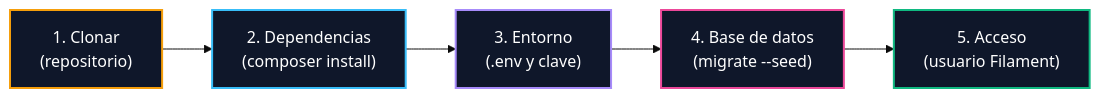
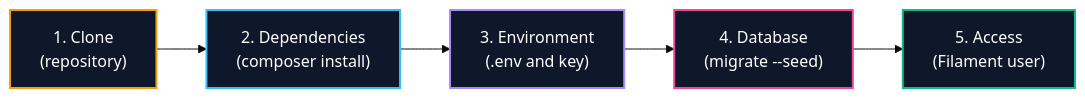
The third of 3 diagrams in README.md (sandra-puerto/CashFlow), drawn with Mermaid (base theme) before and after one commit. The commit also changed other lines of this file, not shown here.

````diff
--- a/README.md
+++ b/README.md
@@ -165,13 +165,13 @@
 ```mermaid
 graph LR
-    Step1["1. Clonar<br/>(repositorio)"] --> Step2["2. Dependencias<br/>(composer install)"]
-    Step2 --> Step3["3. Entorno<br/>(.env y clave)"]
-    Step3 --> Step4["4. Base de datos<br/>(migrate --seed)"]
-    Step4 --> Step5["5. Acceso<br/>(usuario Filament)"]
+    Step1["1. Clone<br/>(repository)"] --> Step2["2. Dependencies<br/>(composer install)"]
+    Step2 --> Step3["3. Environment<br/>(.env and key)"]
+    Step3 --> Step4["4. Database<br/>(migrate --seed)"]
+    Step4 --> Step5["5. Access<br/>(Filament user)"]
 
     style Step1 fill:#0f172a,stroke:#f59e0b,stroke-width:2px,color:#fff
     style Step2 fill:#0f172a,stroke:#38bdf8,stroke-width:2px,color:#fff
     style Step3 fill:#0f172a,stroke:#a78bfa,stroke-width:2px,color:#fff
     style Step4 fill:#0f172a,stroke:#ec4899,stroke-width:2px,color:#fff
     style Step5 fill:#0f172a,stroke:#10b981,stroke-width:2px,color:#fff
 ```
````
